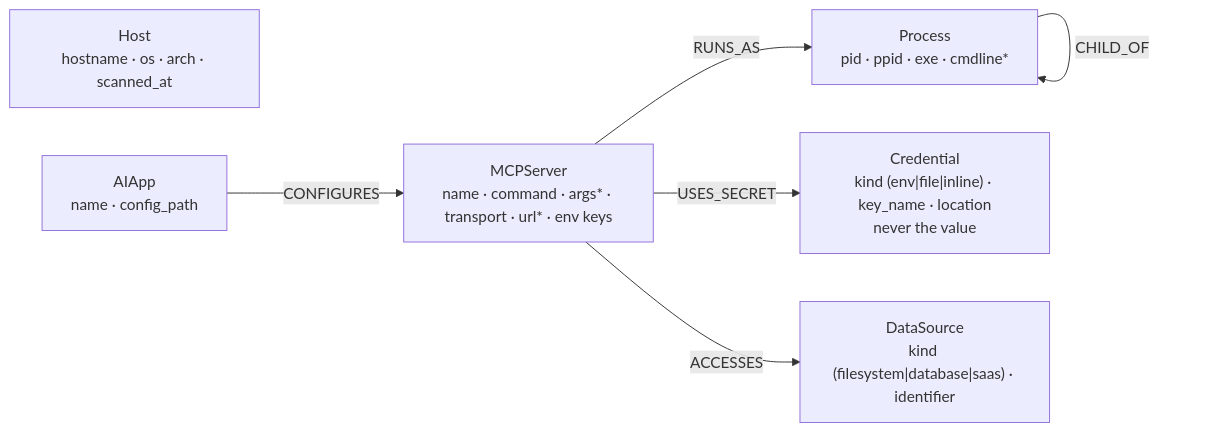
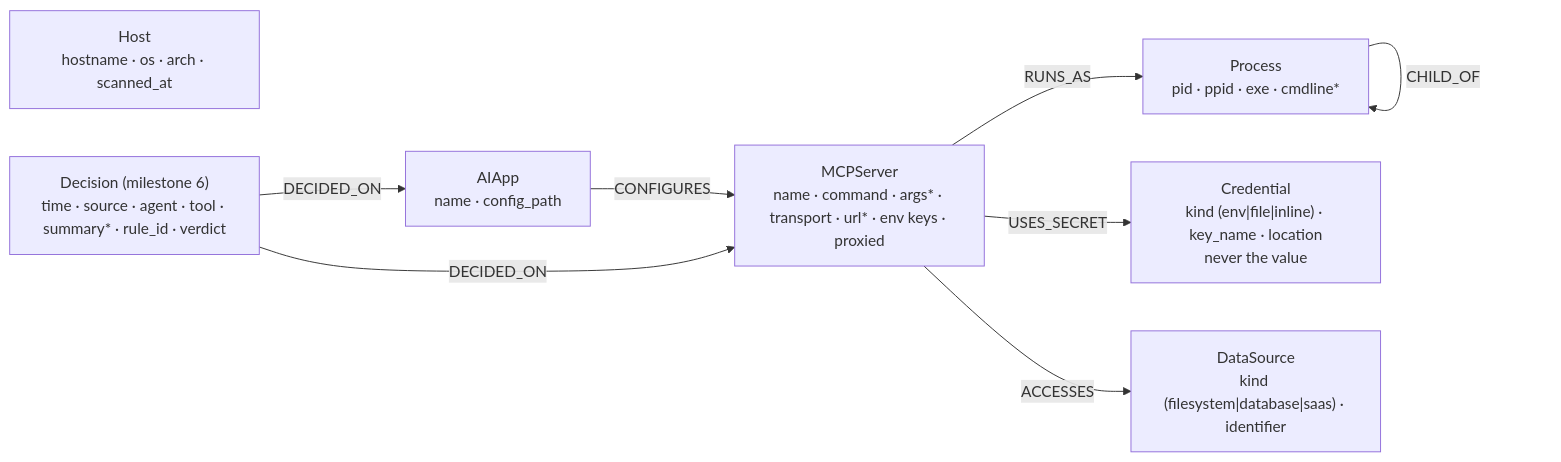
The sixth of 8 diagrams in README.md (pilsu-choi/mcpgraph), drawn with Mermaid before and after one commit. The commit also changed other lines of this file and 121 other files, not shown here.

````diff
--- a/README.md
+++ b/README.md
@@ -217,14 +218,17 @@
 ```mermaid
 flowchart LR
   Host["Host<br/>hostname · os · arch · scanned_at"]
   App["AIApp<br/>name · config_path"]
-  Srv["MCPServer<br/>name · command · args* · transport · url* · env keys"]
+  Srv["MCPServer<br/>name · command · args* · transport · url* · env keys · proxied"]
   Proc["Process<br/>pid · ppid · exe · cmdline*"]
   Cred["Credential<br/>kind (env|file|inline) · key_name · location<br/>never the value"]
   DS["DataSource<br/>kind (filesystem|database|saas) · identifier"]
   App -->|CONFIGURES| Srv
   Srv -->|RUNS_AS| Proc
   Srv -->|USES_SECRET| Cred
   Srv -->|ACCESSES| DS
+  Dec["Decision (milestone 6)<br/>time · source · agent · tool · summary* · rule_id · verdict"]
   Proc -->|CHILD_OF| Proc
+  Dec -->|DECIDED_ON| Srv
+  Dec -->|DECIDED_ON| App
 ```
````
